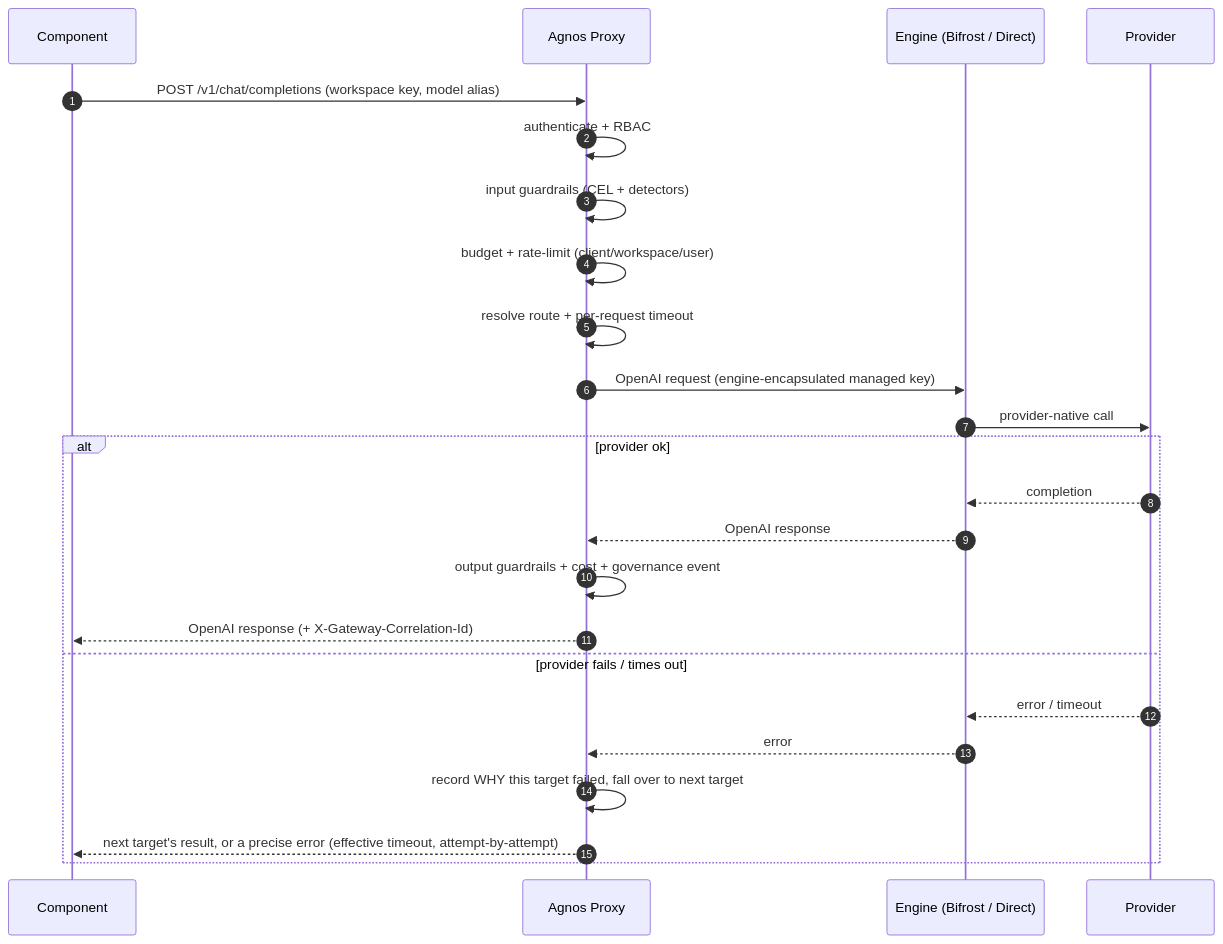
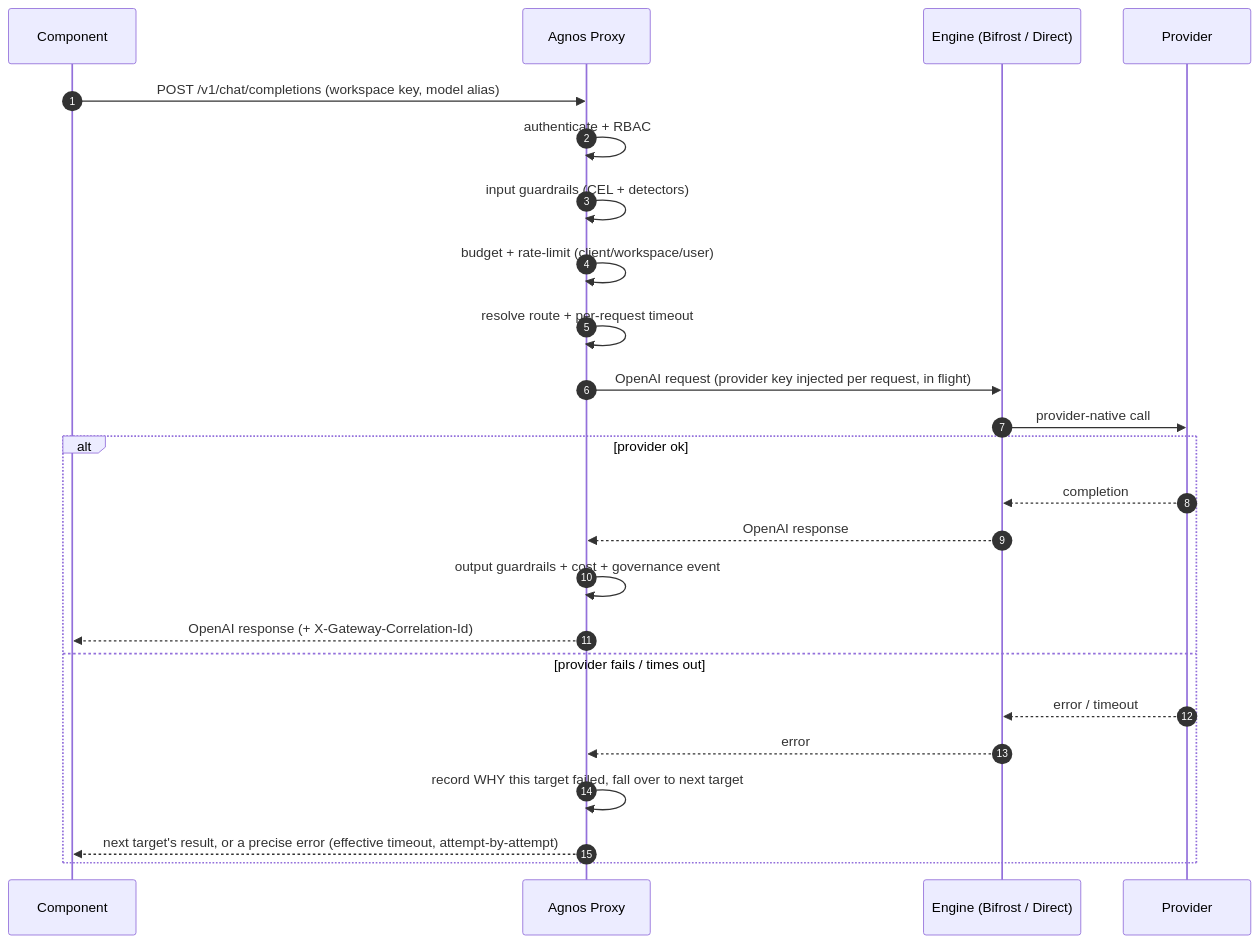
The fourth of 7 diagrams in ARCHITECTURE.md (siva010928/agnos-proxy-oss), drawn with Mermaid before and after one commit. The commit also changed other lines of this file and 11 other files, not shown here.

First line of the commit message:
Humility + permanent-OSS pass; correct stale managed-key language

````diff
--- a/ARCHITECTURE.md
+++ b/ARCHITECTURE.md
@@ -97,26 +97,26 @@
 ```mermaid
 sequenceDiagram
   autonumber
   participant C as Component
   participant G as Agnos Proxy
   participant E as Engine (Bifrost / Direct)
   participant P as Provider
   C->>G: POST /v1/chat/completions (workspace key, model alias)
   G->>G: authenticate + RBAC
   G->>G: input guardrails (CEL + detectors)
   G->>G: budget + rate-limit (client/workspace/user)
   G->>G: resolve route + per-request timeout
-  G->>E: OpenAI request (engine-encapsulated managed key)
+  G->>E: OpenAI request (provider key injected per request, in flight)
   E->>P: provider-native call
   alt provider ok
     P-->>E: completion
     E-->>G: OpenAI response
     G->>G: output guardrails + cost + governance event
     G-->>C: OpenAI response (+ X-Gateway-Correlation-Id)
   else provider fails / times out
     P-->>E: error / timeout
     E-->>G: error
     G->>G: record WHY this target failed, fall over to next target
     G-->>C: next target's result, or a precise error (effective timeout, attempt-by-attempt)
   end
 ```
````
